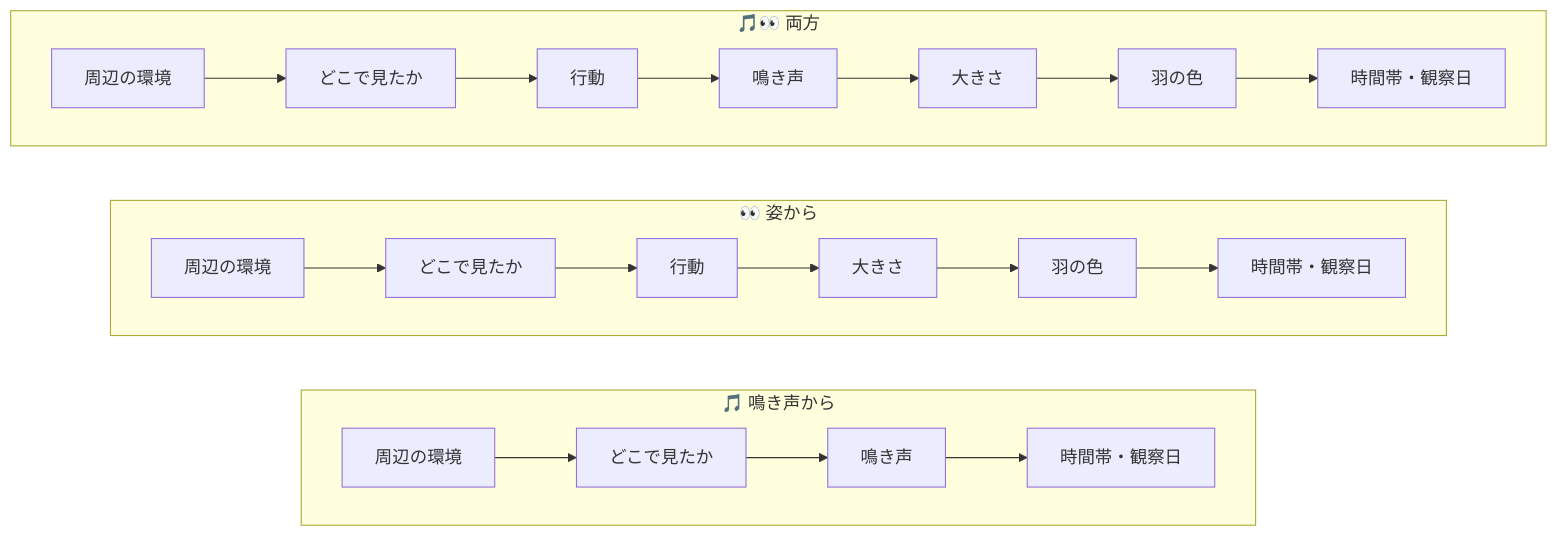
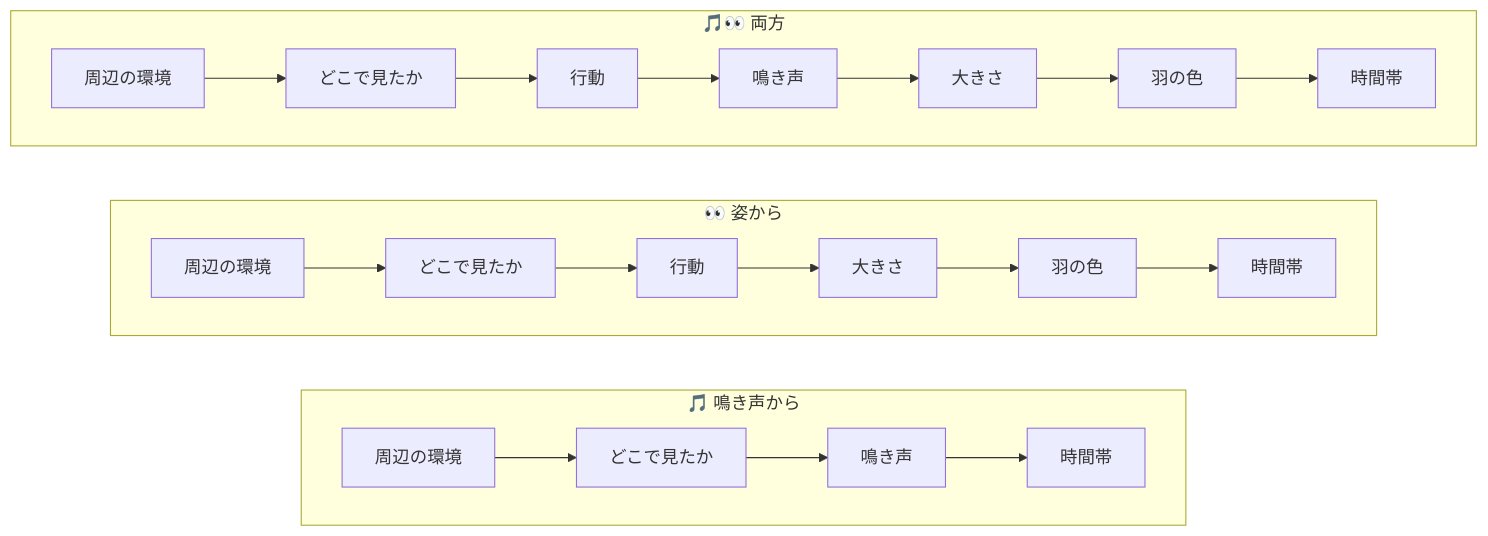
The fourth of 4 diagrams in docs/selection-options.md (uchi-stock/bird-finder), drawn with Mermaid before and after one commit. The commit also changed other lines of this file and 6 other files, not shown here.

````diff
--- a/docs/selection-options.md
+++ b/docs/selection-options.md
@@ -165,32 +166,32 @@
 ```mermaid
 flowchart LR
   subgraph MODE_voice["🎵 鳴き声から"]
     direction LR
     M_voice_0["周辺の環境"]
     M_voice_1["どこで見たか"]
     M_voice_2["鳴き声"]
-    M_voice_3["時間帯・観察日"]
+    M_voice_3["時間帯"]
     M_voice_0 --> M_voice_1 --> M_voice_2 --> M_voice_3
   end
   subgraph MODE_sight["👀 姿から"]
     direction LR
     M_sight_0["周辺の環境"]
     M_sight_1["どこで見たか"]
     M_sight_2["行動"]
     M_sight_3["大きさ"]
     M_sight_4["羽の色"]
-    M_sight_5["時間帯・観察日"]
+    M_sight_5["時間帯"]
     M_sight_0 --> M_sight_1 --> M_sight_2 --> M_sight_3 --> M_sight_4 --> M_sight_5
   end
   subgraph MODE_both["🎵👀 両方"]
     direction LR
     M_both_0["周辺の環境"]
     M_both_1["どこで見たか"]
     M_both_2["行動"]
     M_both_3["鳴き声"]
     M_both_4["大きさ"]
     M_both_5["羽の色"]
-    M_both_6["時間帯・観察日"]
+    M_both_6["時間帯"]
     M_both_0 --> M_both_1 --> M_both_2 --> M_both_3 --> M_both_4 --> M_both_5 --> M_both_6
   end
 ```
````
